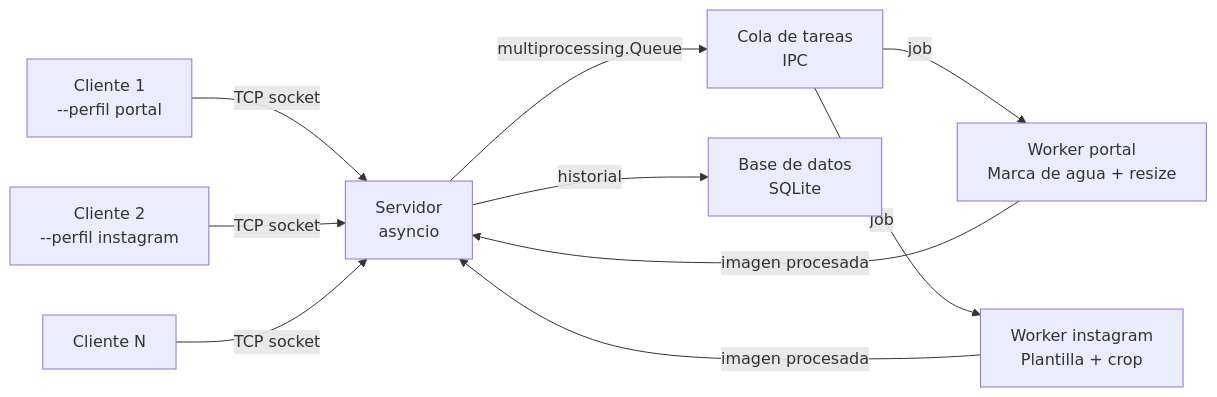
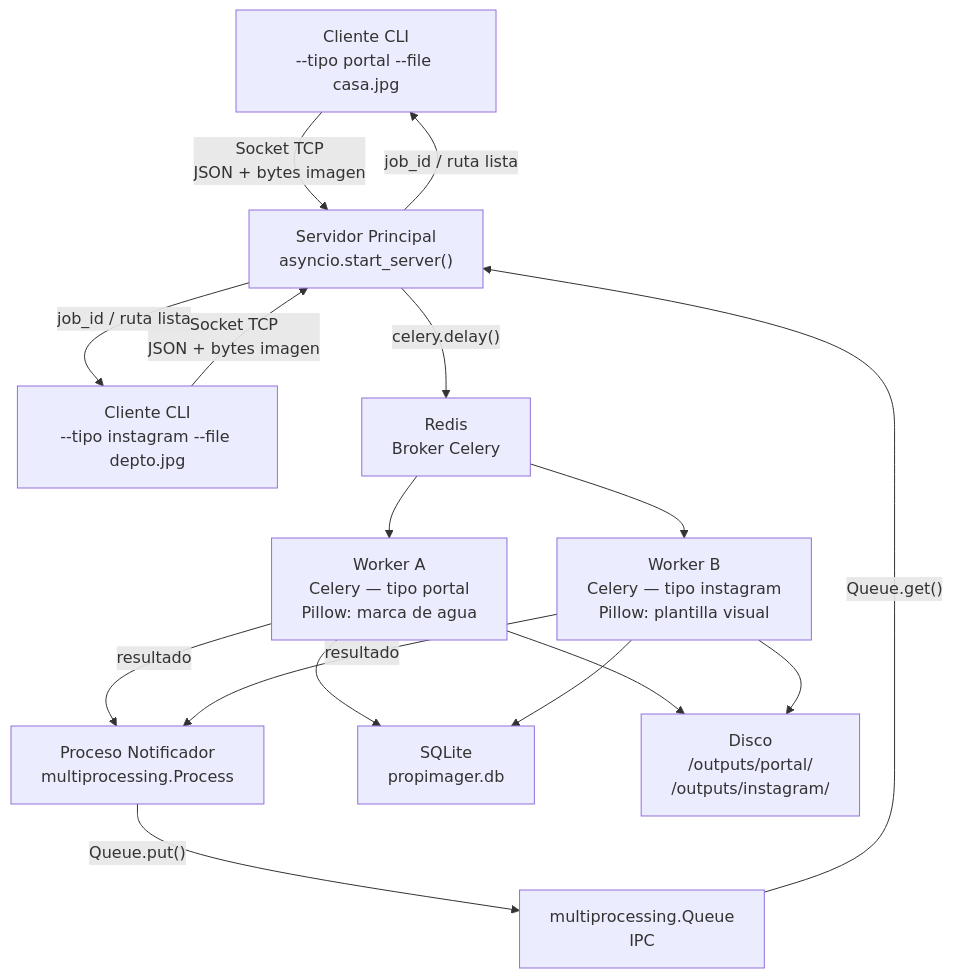
The first of 2 diagrams in final/doc/arquitectura.md (manudiiez/umcomp2), drawn with Mermaid before and after one commit. The commit also changed other lines of this file and 2 other files, not shown here.

````diff
--- a/final/doc/arquitectura.md
+++ b/final/doc/arquitectura.md
@@ -4,16 +5,37 @@
 ```mermaid
-graph LR
-    C1["Cliente 1\n--perfil portal"] -->|TCP socket| S
-    C2["Cliente 2\n--perfil instagram"] -->|TCP socket| S
-    CN["Cliente N"] -->|TCP socket| S
+flowchart TD
+    C1["Cliente CLI\n--tipo portal --file casa.jpg"]
+    C2["Cliente CLI\n--tipo instagram --file depto.jpg"]
 
-    S["Servidor\nasyncio"] -->|multiprocessing.Queue| Q["Cola de tareas\nIPC"]
+    SRV["Servidor Principal\nasyncio.start_server()"]
 
-    Q -->|job| WP["Worker portal\nMarca de agua + resize"]
-    Q -->|job| WI["Worker instagram\nPlantilla + crop"]
+    NOTIF["Proceso Notificador\nmultiprocessing.Process"]
+    Q["multiprocessing.Queue\nIPC"]
 
-    WP -->|imagen procesada| S
-    WI -->|imagen procesada| S
+    REDIS["Redis\nBroker Celery"]
 
-    S -->|historial| DB["Base de datos\nSQLite"]
+    WA["Worker A\nCelery — tipo portal\nPillow: marca de agua"]
+    WB["Worker B\nCelery — tipo instagram\nPillow: plantilla visual"]
+
+    DB["SQLite\npropimager.db"]
+    OUT["Disco\n/outputs/portal/\n/outputs/instagram/"]
+
+    C1 -->|"Socket TCP\nJSON + bytes imagen"| SRV
+    C2 -->|"Socket TCP\nJSON + bytes imagen"| SRV
+
+    SRV -->|"celery.delay()"| REDIS
+    REDIS --> WA
+    REDIS --> WB
+
+    WA -->|"resultado"| NOTIF
+    WB -->|"resultado"| NOTIF
+    NOTIF -->|"Queue.put()"| Q
+    Q -->|"Queue.get()"| SRV
+    SRV -->|"job_id / ruta lista"| C1
+    SRV -->|"job_id / ruta lista"| C2
+
+    WA --> OUT
+    WB --> OUT
+    WA --> DB
+    WB --> DB
 ```
````
